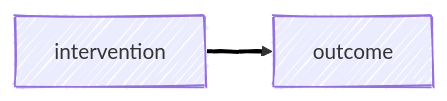
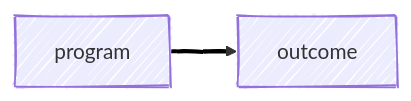
One commit to agrogan1/closeread changed the first of 8 diagrams in multivariate/multivariate.qmd. Above: the diagram before and after it, drawn with Mermaid. The commit also changed other lines of this file and 2 other files, not shown here.

Commit message:
added classDef forestgreen; "intervention" --> "program"

````diff
--- a/multivariate/multivariate.qmd
+++ b/multivariate/multivariate.qmd
@@ -58,14 +75,14 @@
 ```{mermaid}
 ---
 config:
   look: handDrawn
   theme: default
 ---
 
 flowchart LR
 
-  intervention[intervention] --> outcome1[outcome]
+  program[program] --> outcome1[outcome]
 
   linkStyle 0 stroke:#000000,stroke-width:3px,font-size:36px,color:black;
 
 ```
````
